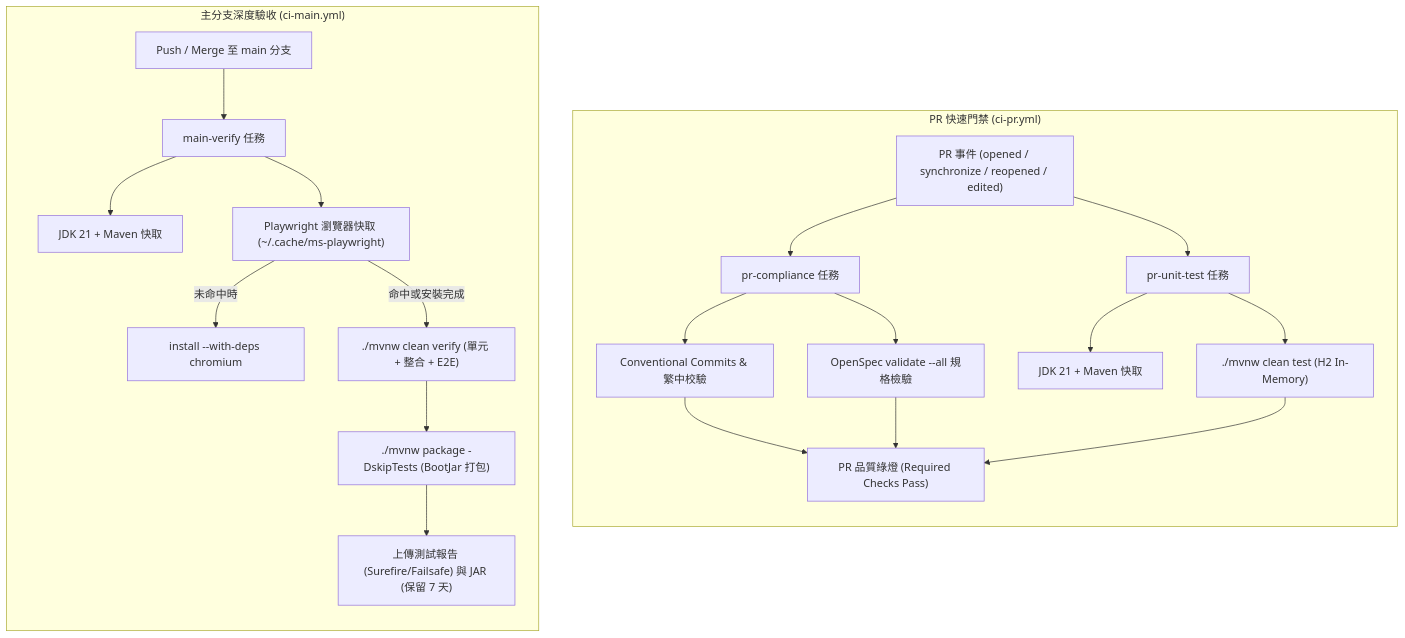
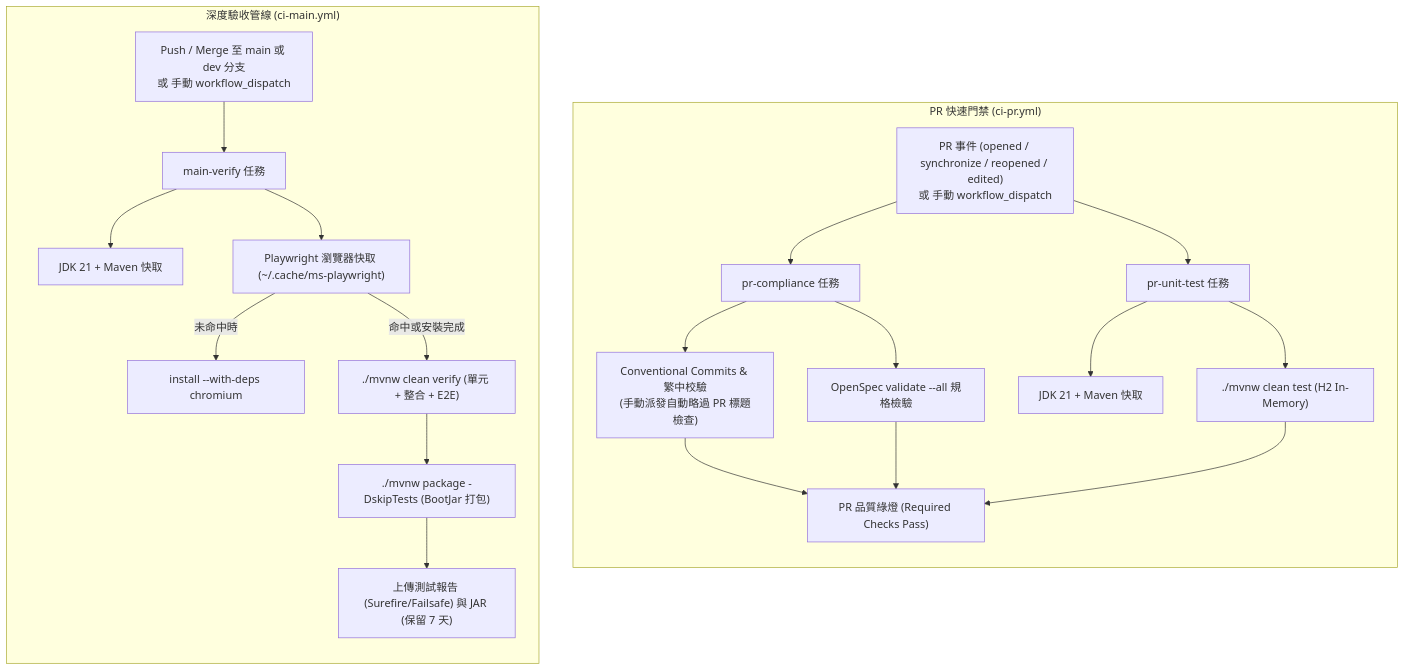
The diagram in docs/guides/github-actions-ci-guide.md (ArvinSu-JingYin/Tibame_Java2026), drawn with Mermaid before and after one commit. The commit also changed other lines of this file and 9 other files, not shown here.

````diff
--- a/docs/guides/github-actions-ci-guide.md
+++ b/docs/guides/github-actions-ci-guide.md
@@ -23,27 +23,27 @@
 ```mermaid
 flowchart TD
     subgraph PR_Pipeline ["PR 快速門禁 (ci-pr.yml)"]
         direction TB
-        PR_Event["PR 事件 (opened / synchronize / reopened / edited)"] --> PR_Comp["pr-compliance 任務"]
+        PR_Event["PR 事件 (opened / synchronize / reopened / edited)<br>或 手動 workflow_dispatch"] --> PR_Comp["pr-compliance 任務"]
         PR_Event --> PR_Test["pr-unit-test 任務"]
         
-        PR_Comp --> C1["Conventional Commits & 繁中校驗"]
+        PR_Comp --> C1["Conventional Commits & 繁中校驗<br>(手動派發自動略過 PR 標題檢查)"]
         PR_Comp --> C2["OpenSpec validate --all 規格檢驗"]
         
         PR_Test --> T1["JDK 21 + Maven 快取"]
         PR_Test --> T2["./mvnw clean test (H2 In-Memory)"]
         
         C1 & C2 & T2 --> PR_Pass["PR 品質綠燈 (Required Checks Pass)"]
     end
 
-    subgraph Main_Pipeline ["主分支深度驗收 (ci-main.yml)"]
+    subgraph Main_Pipeline ["深度驗收管線 (ci-main.yml)"]
         direction TB
-        Push_Event["Push / Merge 至 main 分支"] --> Main_Job["main-verify 任務"]
+        Push_Event["Push / Merge 至 main 或 dev 分支<br>或 手動 workflow_dispatch"] --> Main_Job["main-verify 任務"]
         Main_Job --> M1["JDK 21 + Maven 快取"]
         Main_Job --> M2["Playwright 瀏覽器快取 (~/.cache/ms-playwright)"]
         M2 -->|未命中時| M2_Install["install --with-deps chromium"]
         M2 -->|命中或安裝完成| M3["./mvnw clean verify (單元 + 整合 + E2E)"]
         M3 --> M4["./mvnw package -DskipTests (BootJar 打包)"]
         M4 --> M5["上傳測試報告 (Surefire/Failsafe) 與 JAR (保留 7 天)"]
     end
 ```
````
